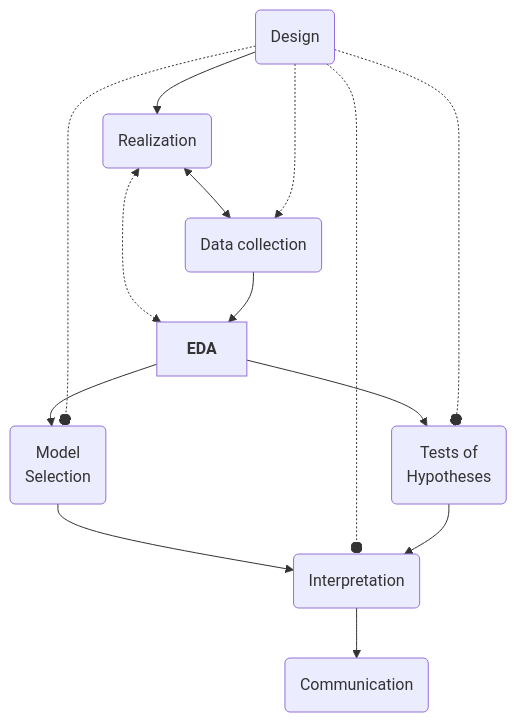
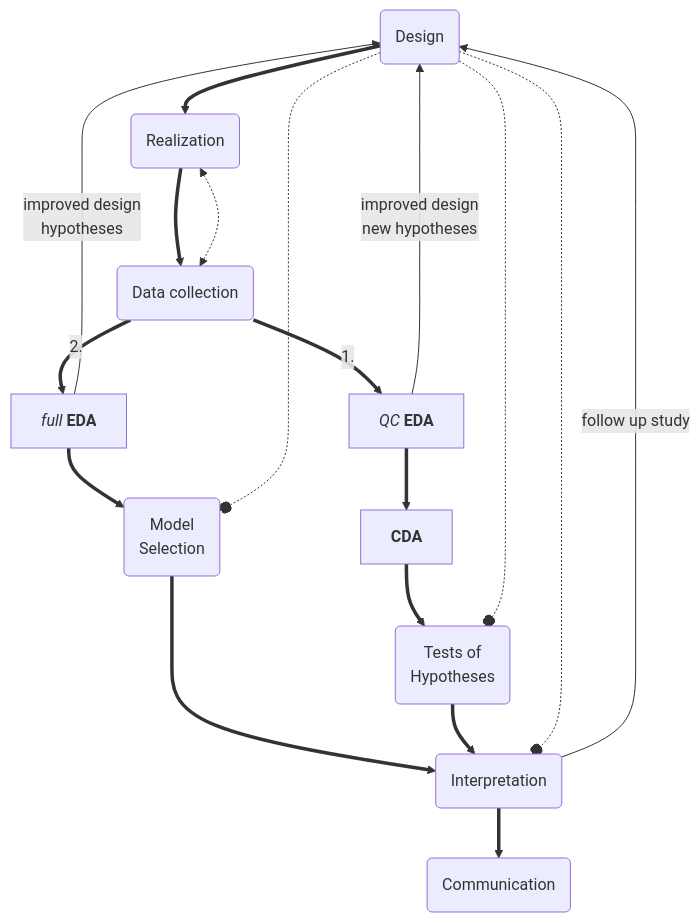
One commit to aphalo/r4p-blog changed the diagram in pages/ggplot2-EDA.qmd. Above: the diagram before and after it, drawn with Mermaid. The commit also changed other lines of this file and 22 other files, not shown here.

````diff
--- a/pages/ggplot2-EDA.qmd
+++ b/pages/ggplot2-EDA.qmd
@@ -40,14 +51,18 @@
 ```{mermaid}
 %%| label: fig-EDA-flowchart
-%%| fig-cap: A diagram showing the steps of a scientific study. This abstraction can be applied to empirical research, but with small changes (not shown) also to simulation studies.
+%%| fig-cap: A diagram showing the steps of scientific studies. The thick arrows describe the sequence of events/actions, connecting the design of an experiment to the communication of the results. Two paths, 1. for hypothesis based research and 2. for descriptive studies, are highlighted (see main text). The dotted arrows with round heads indicate constraints imposed by design-related decisions. The double headed dotted arrow describes that the realization of a study can be influenced by data observed during its course, especially when data are collected repeatedly. Thin arrows indicate how one study can affect subsequent studies. _QC_= Quality Control or sanity checks of data. This abstraction can be applied to empirical research, but with small changes (not shown) also to simulation studies.
 %%{init: {"htmlLabels": true} }%%
 
 flowchart TD
-  A(Design) --> B(Realization) <-.-> C[<strong>EDA</strong>] --> D(Model\nSelection) --> E(Interpretation) --> F(Communication)
+  A(Design) ==> B(Realization) ==> H(Data collection) ==2.==> C
+  C[<i>full</i> <strong>EDA</strong>] ==> D(Model\nSelection) ==> E(Interpretation) ==> F(Communication)
+  H ==1.==> I[<i>QC</i> <strong>EDA</strong>] ==> J[<strong>CDA</strong>]
+  J ==> G(Tests of\nHypotheses) ==> E
+  E --follow up study--> A
+  C --improved design<br>hypotheses--> A
+  I --improved design<br>new hypotheses--> A
+  B <-.-> H
   A -.-o D
-  B <--> H
   A -.-o E
-  A -.-> H(Data collection) --> C
-  C --> G(Tests of\nHypotheses) --> E
   A -.-o G
 ```
````
